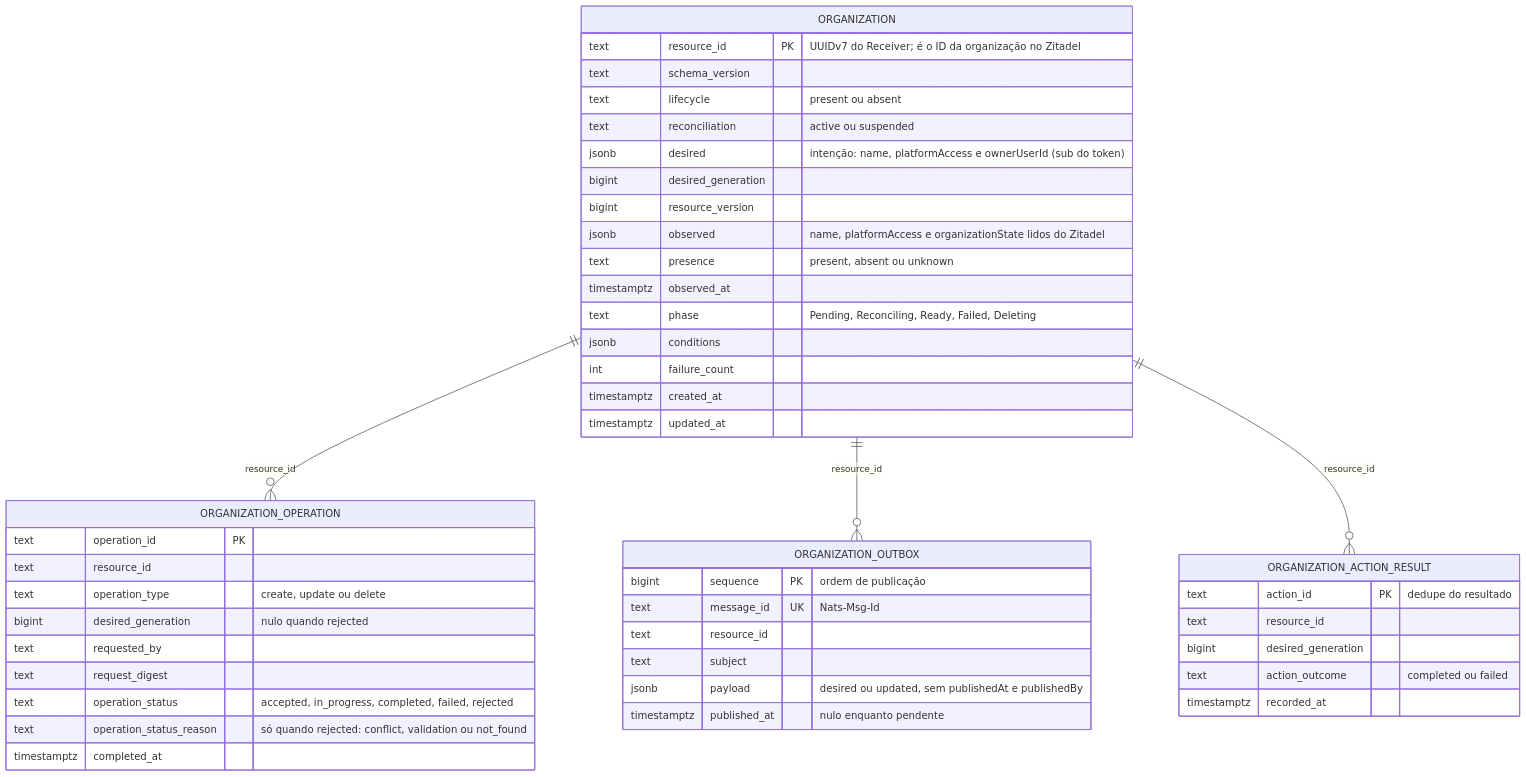
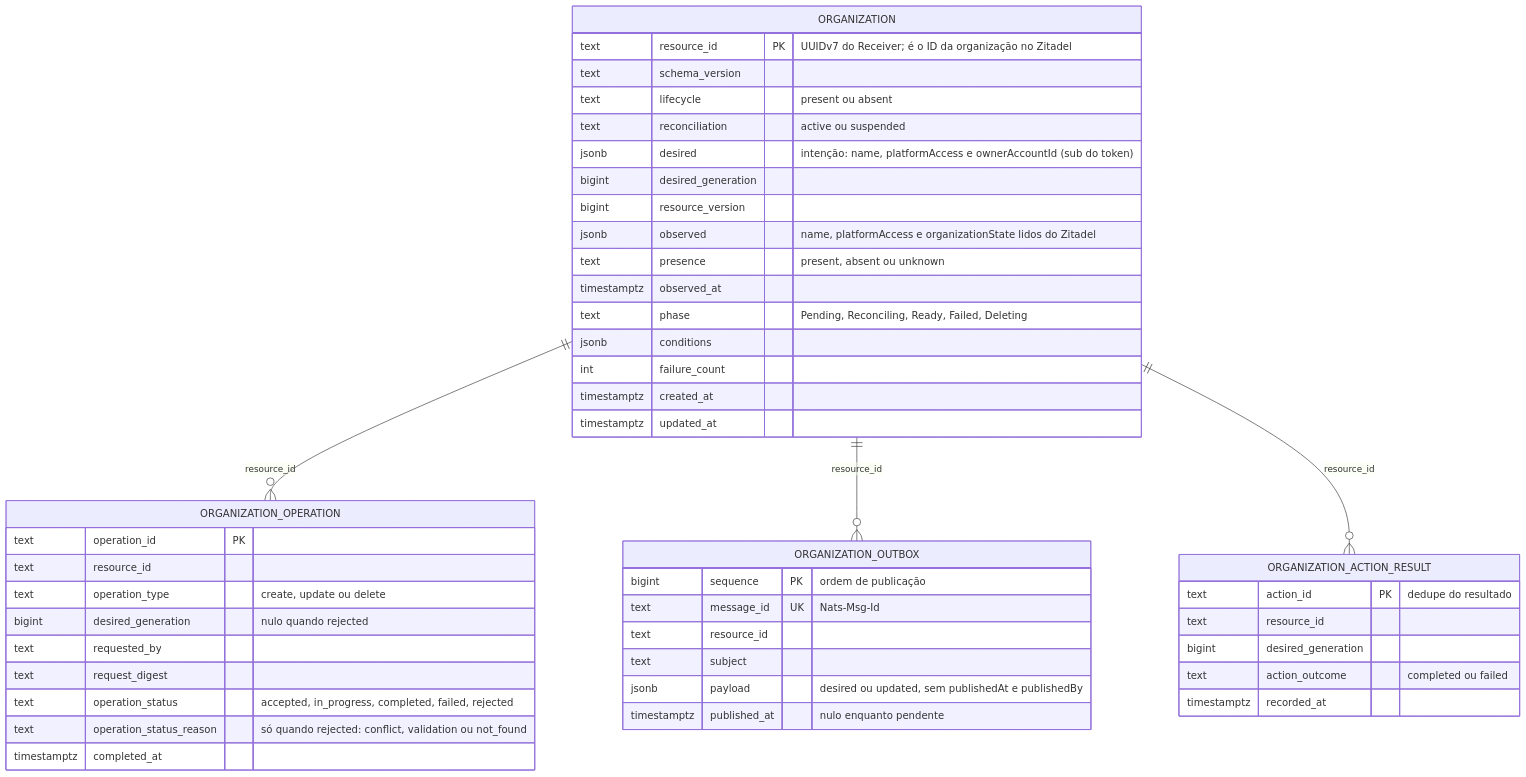
The diagram in features/ipm/organization/docs/database/01-er-fisico.mmd (danielsabatini/smarkee), drawn with Mermaid before and after one commit. The commit also changed 551 other files, not shown here.

First line of the commit message:
refactor!: core.user passa a se chamar core.account

```diff
--- a/features/ipm/organization/docs/database/01-er-fisico.mmd
+++ b/features/ipm/organization/docs/database/01-er-fisico.mmd
@@ -1,48 +1,48 @@
 erDiagram
     ORGANIZATION ||--o{ ORGANIZATION_OPERATION : "resource_id"
     ORGANIZATION ||--o{ ORGANIZATION_OUTBOX : "resource_id"
     ORGANIZATION ||--o{ ORGANIZATION_ACTION_RESULT : "resource_id"
 
     ORGANIZATION {
         text resource_id PK "UUIDv7 do Receiver; é o ID da organização no Zitadel"
         text schema_version
         text lifecycle "present ou absent"
         text reconciliation "active ou suspended"
-        jsonb desired "intenção: name, platformAccess e ownerUserId (sub do token)"
+        jsonb desired "intenção: name, platformAccess e ownerAccountId (sub do token)"
         bigint desired_generation
         bigint resource_version
         jsonb observed "name, platformAccess e organizationState lidos do Zitadel"
         text presence "present, absent ou unknown"
         timestamptz observed_at
         text phase "Pending, Reconciling, Ready, Failed, Deleting"
         jsonb conditions
         int failure_count
         timestamptz created_at
         timestamptz updated_at
     }
     ORGANIZATION_OPERATION {
         text operation_id PK
         text resource_id
         text operation_type "create, update ou delete"
         bigint desired_generation "nulo quando rejected"
         text requested_by
         text request_digest
         text operation_status "accepted, in_progress, completed, failed, rejected"
         text operation_status_reason "só quando rejected: conflict, validation ou not_found"
         timestamptz completed_at
     }
     ORGANIZATION_OUTBOX {
         bigint sequence PK "ordem de publicação"
         text message_id UK "Nats-Msg-Id"
         text resource_id
         text subject
         jsonb payload "desired ou updated, sem publishedAt e publishedBy"
         timestamptz published_at "nulo enquanto pendente"
     }
     ORGANIZATION_ACTION_RESULT {
         text action_id PK "dedupe do resultado"
         text resource_id
         bigint desired_generation
         text action_outcome "completed ou failed"
         timestamptz recorded_at
     }
```
